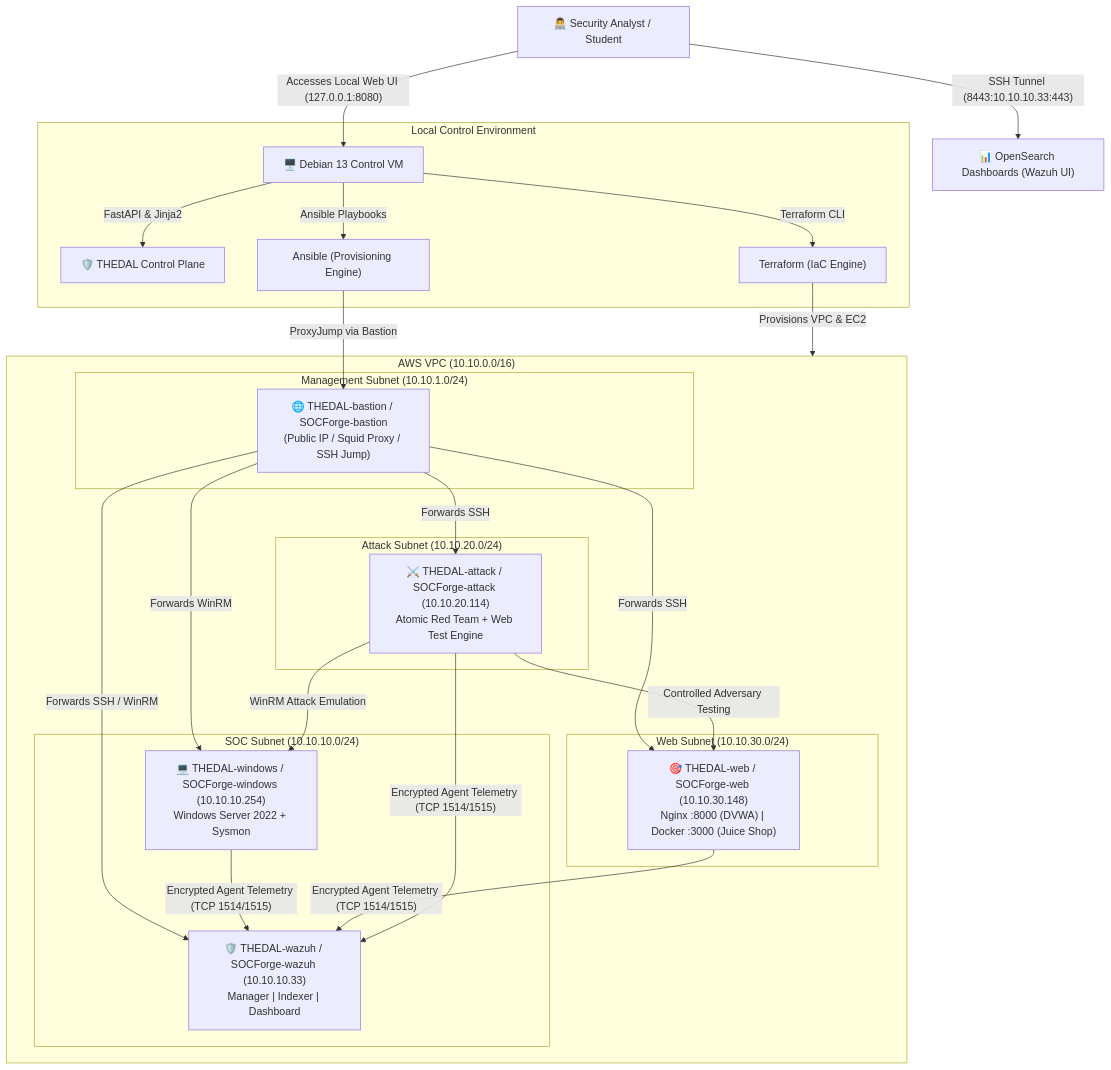
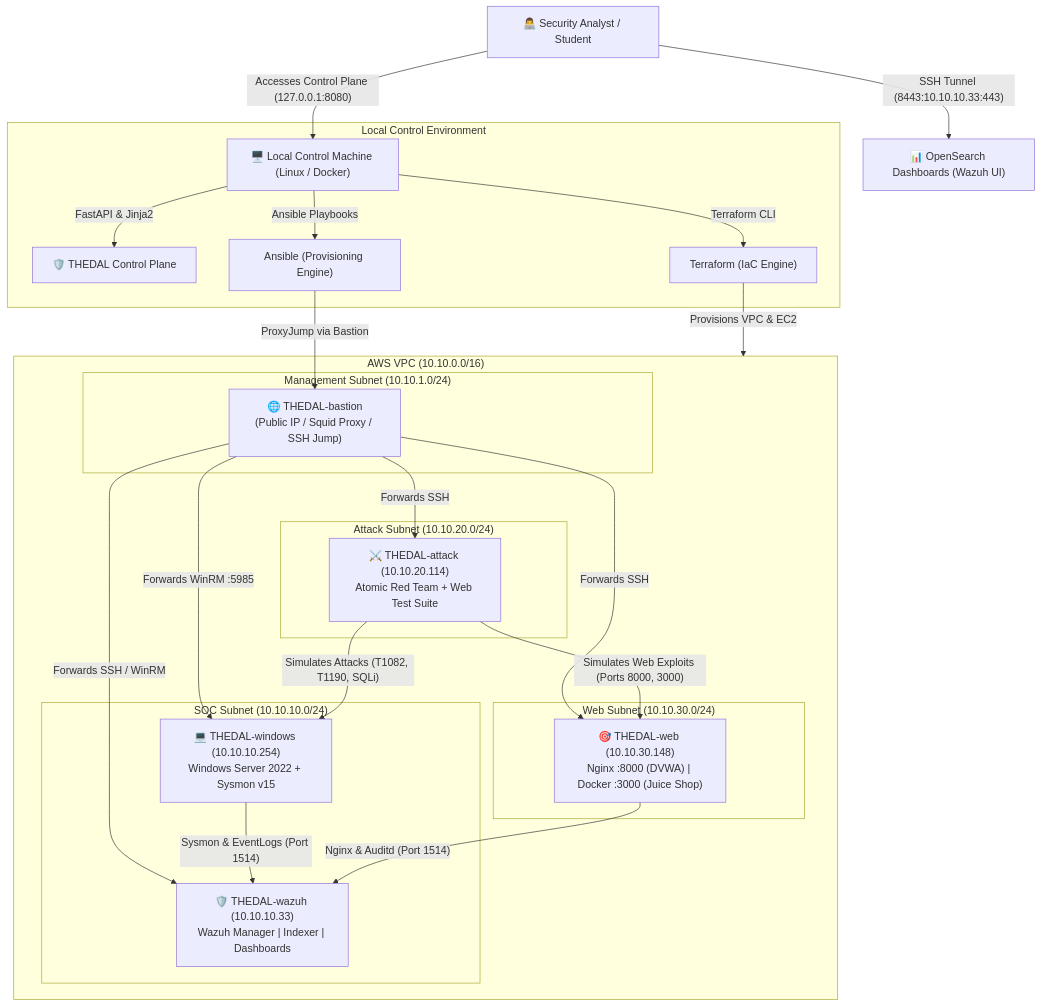
One commit to EswaranS-06/THEDAL changed the diagram in README.md. Above: the diagram before and after it, drawn with Mermaid. The commit also changed other lines of this file, not shown here.

Commit message:
docs: rewrite THEDAL developer README

````diff
--- a/README.md
+++ b/README.md
@@ -25,44 +67,43 @@
 ```mermaid
 graph TD
-    User["👨‍💻 Security Analyst / Student"] -->|"Accesses Local Web UI (127.0.0.1:8080)"| ControlVM["🖥️ Debian 13 Control VM"]
+    User["👨‍💻 Security Analyst / Student"] -->|"Accesses Control Plane (127.0.0.1:8080)"| ControlVM["🖥️ Local Control Machine (Linux / Docker)"]
     User -->|"SSH Tunnel (8443:10.10.10.33:443)"| WazuhUI["📊 OpenSearch Dashboards (Wazuh UI)"]
 
     subgraph Control_Environment["Local Control Environment"]
         ControlVM -->|"FastAPI & Jinja2"| ControlPlane["🛡️ THEDAL Control Plane"]
         ControlVM -->|"Terraform CLI"| TF["Terraform (IaC Engine)"]
         ControlVM -->|"Ansible Playbooks"| Ansible["Ansible (Provisioning Engine)"]
     end
 
     TF -->|"Provisions VPC & EC2"| AWS_VPC["☁️ AWS VPC: 10.10.0.0/16 (ap-south-1)"]
 
     subgraph AWS_VPC["AWS VPC (10.10.0.0/16)"]
         subgraph Public_Tier["Management Subnet (10.10.1.0/24)"]
-            Bastion["🌐 THEDAL-bastion / SOCForge-bastion<br/>(Public IP / Squid Proxy / SSH Jump)"]
+            Bastion["🌐 THEDAL-bastion<br/>(Public IP / Squid Proxy / SSH Jump)"]
         end
 
         subgraph Private_SOC_Tier["SOC Subnet (10.10.10.0/24)"]
-            WazuhHost["🛡️ THEDAL-wazuh / SOCForge-wazuh (10.10.10.33)<br/>Manager | Indexer | Dashboard"]
-            WinHost["💻 THEDAL-windows / SOCForge-windows (10.10.10.254)<br/>Windows Server 2022 + Sysmon"]
+            WazuhHost["🛡️ THEDAL-wazuh (10.10.10.33)<br/>Wazuh Manager | Indexer | Dashboards"]
+            WinHost["💻 THEDAL-windows (10.10.10.254)<br/>Windows Server 2022 + Sysmon v15"]
         end
 
         subgraph Private_Attack_Tier["Attack Subnet (10.10.20.0/24)"]
-            AttackHost["⚔️ THEDAL-attack / SOCForge-attack (10.10.20.114)<br/>Atomic Red Team + Web Test Engine"]
+            AttackHost["⚔️ THEDAL-attack (10.10.20.114)<br/>Atomic Red Team + Web Test Suite"]
         end
 
         subgraph Private_Web_Tier["Web Subnet (10.10.30.0/24)"]
-            WebHost["🎯 THEDAL-web / SOCForge-web (10.10.30.148)<br/>Nginx :8000 (DVWA) | Docker :3000 (Juice Shop)"]
+            WebHost["🎯 THEDAL-web (10.10.30.148)<br/>Nginx :8000 (DVWA) | Docker :3000 (Juice Shop)"]
         end
     end
 
     Ansible -->|"ProxyJump via Bastion"| Bastion
     Bastion -->|"Forwards SSH / WinRM"| WazuhHost
     Bastion -->|"Forwards SSH"| AttackHost
     Bastion -->|"Forwards SSH"| WebHost
-    Bastion -->|"Forwards WinRM"| WinHost
+    Bastion -->|"Forwards WinRM :5985"| WinHost
 
-    WinHost -->|"Encrypted Agent Telemetry (TCP 1514/1515)"| WazuhHost
-    WebHost -->|"Encrypted Agent Telemetry (TCP 1514/1515)"| WazuhHost
-    AttackHost -->|"Encrypted Agent Telemetry (TCP 1514/1515)"| WazuhHost
-    AttackHost -->|"Controlled Adversary Testing"| WebHost
-    AttackHost -->|"WinRM Attack Emulation"| WinHost
+    WinHost -->|"Sysmon & EventLogs (Port 1514)"| WazuhHost
+    WebHost -->|"Nginx & Auditd (Port 1514)"| WazuhHost
+    AttackHost -->|"Simulates Attacks (T1082, T1190, SQLi)"| WinHost
+    AttackHost -->|"Simulates Web Exploits (Ports 8000, 3000)"| WebHost
 ```
````
